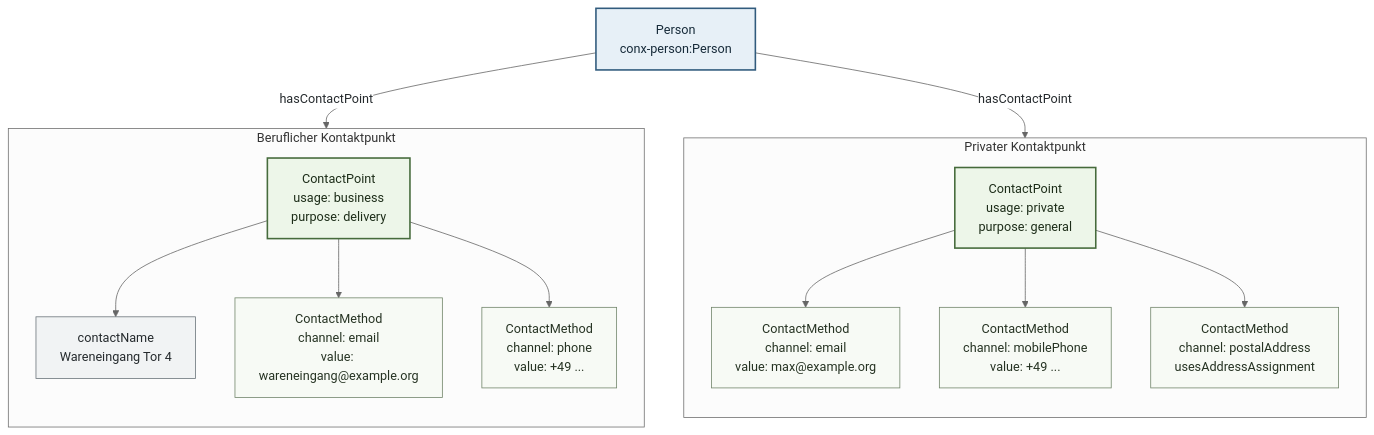
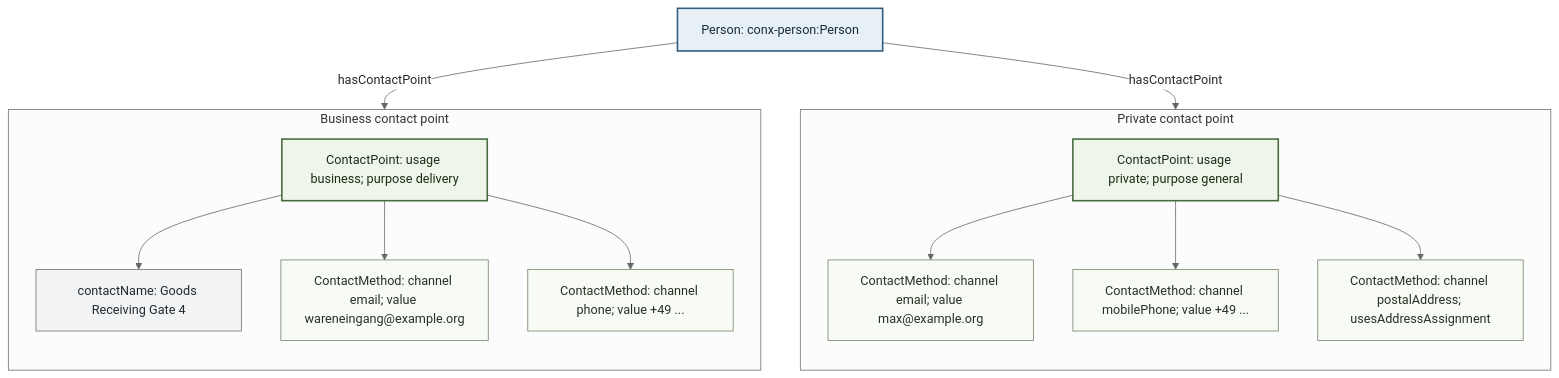
One commit to project-construct-x/constructx-ontologies changed the second of 5 diagrams in modules/core/contact/docs/diagrams/contact-concept-model.md. Above: the diagram before and after it, drawn with Mermaid (neutral theme). The commit also changed other lines of this file and 230 other files, not shown here.

````diff
--- a/modules/core/contact/docs/diagrams/contact-concept-model.md
+++ b/modules/core/contact/docs/diagrams/contact-concept-model.md
@@ -46,39 +46,39 @@
 ```mermaid
 flowchart TB
-    Person["Person<br/>conx-person:Person"]
+    Person["Person: conx-person:Person"]
 
-    subgraph PRIVATE["Privater Kontaktpunkt"]
+    subgraph PRIVATE["Private contact point"]
         direction TB
-        PrivatePoint["ContactPoint<br/>usage: private<br/>purpose: general"]
-        PrivateEmail["ContactMethod<br/>channel: email<br/>value: max@example.org"]
-        PrivateMobile["ContactMethod<br/>channel: mobilePhone<br/>value: +49 ..."]
-        PrivatePostal["ContactMethod<br/>channel: postalAddress<br/>usesAddressAssignment"]
+        PrivatePoint["ContactPoint: usage private; purpose general"]
+        PrivateEmail["ContactMethod: channel email; value max@example.org"]
+        PrivateMobile["ContactMethod: channel mobilePhone; value +49 ..."]
+        PrivatePostal["ContactMethod: channel postalAddress; usesAddressAssignment"]
         PrivatePoint --> PrivateEmail
         PrivatePoint --> PrivateMobile
         PrivatePoint --> PrivatePostal
     end
 
-    subgraph BUSINESS["Beruflicher Kontaktpunkt"]
+    subgraph BUSINESS["Business contact point"]
         direction TB
-        BusinessPoint["ContactPoint<br/>usage: business<br/>purpose: delivery"]
-        BusinessName["contactName<br/>Wareneingang Tor 4"]
-        BusinessEmail["ContactMethod<br/>channel: email<br/>value: wareneingang@example.org"]
-        BusinessPhone["ContactMethod<br/>channel: phone<br/>value: +49 ..."]
+        BusinessPoint["ContactPoint: usage business; purpose delivery"]
+        BusinessName["contactName: Goods Receiving Gate 4"]
+        BusinessEmail["ContactMethod: channel email; value wareneingang@example.org"]
+        BusinessPhone["ContactMethod: channel phone; value +49 ..."]
         BusinessPoint --> BusinessName
         BusinessPoint --> BusinessEmail
         BusinessPoint --> BusinessPhone
     end
 
     Person -->|"hasContactPoint"| PrivatePoint
     Person -->|"hasContactPoint"| BusinessPoint
 
     classDef person fill:#e7f0f7,stroke:#315b7d,color:#172b3a,stroke-width:2px;
     classDef point fill:#edf6e9,stroke:#466b3c,color:#1d2d19,stroke-width:2px;
     classDef method fill:#f7faf5,stroke:#71856a,color:#263323;
     classDef label fill:#f1f3f4,stroke:#6b747a,color:#252a2d;
 
     class Person person;
     class PrivatePoint,BusinessPoint point;
     class PrivateEmail,PrivateMobile,PrivatePostal,BusinessEmail,BusinessPhone method;
     class BusinessName label;
 ```
````
